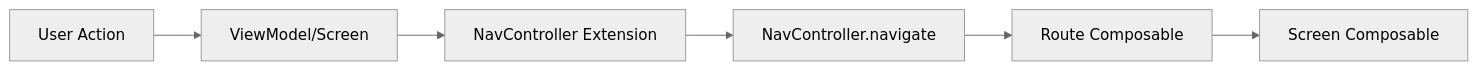
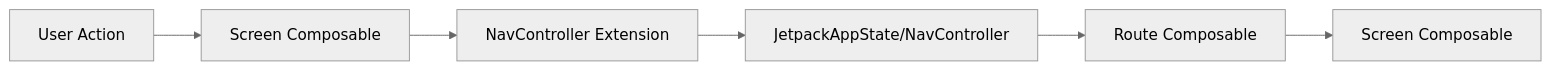
One commit to atick-faisal/Jetpack-Android-Starter changed the diagram in docs/navigation.md. Above: the diagram before and after it, drawn with Mermaid (neutral theme). The commit also changed other lines of this file, not shown here.

````diff
--- a/docs/navigation.md
+++ b/docs/navigation.md
@@ -46,8 +46,8 @@
 ```mermaid
 graph LR
-    A[User Action] --> B[ViewModel/Screen]
+    A[User Action] --> B[Screen Composable]
     B --> C[NavController Extension]
-    C --> D[NavController.navigate]
+    C --> D[JetpackAppState/NavController]
     D --> E[Route Composable]
     E --> F[Screen Composable]
 ```
````
